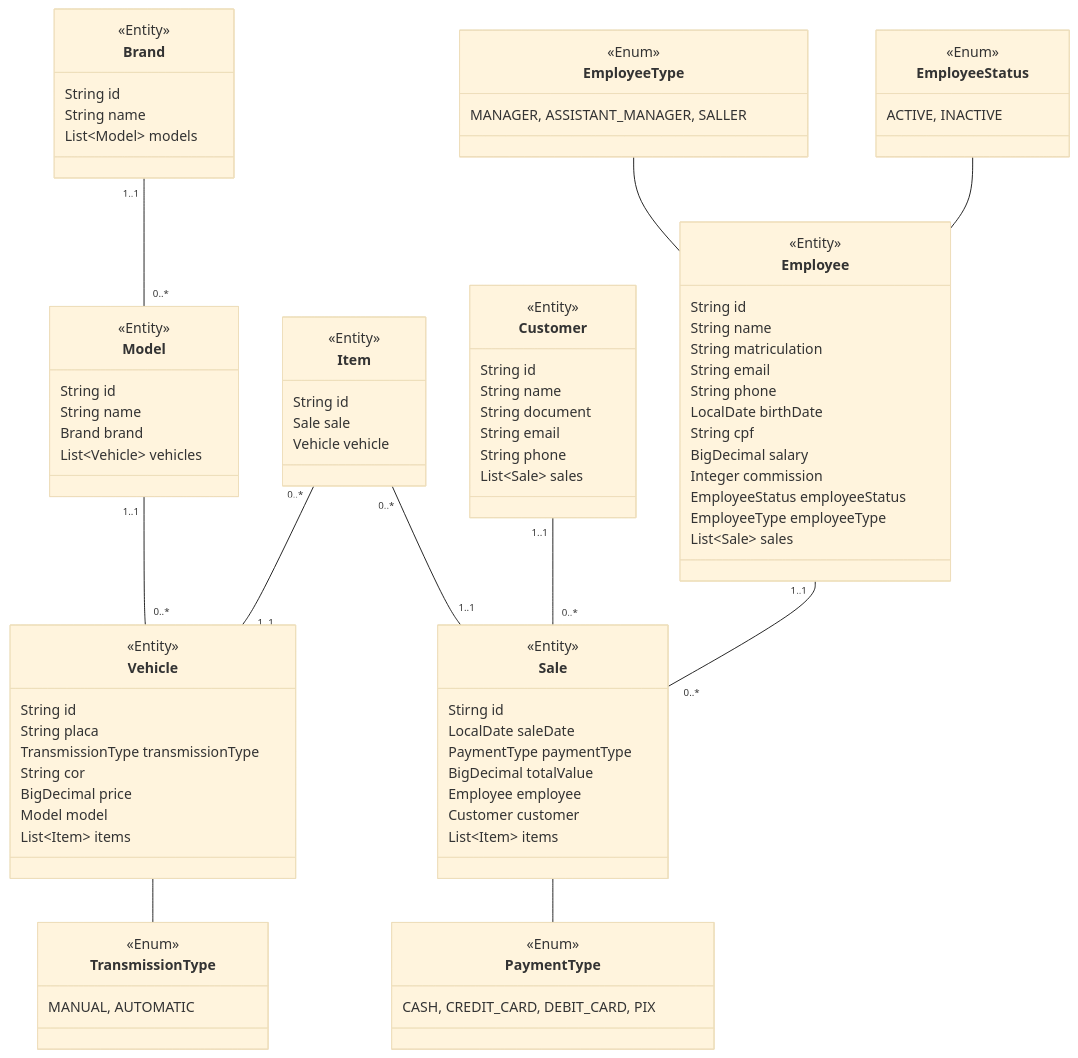
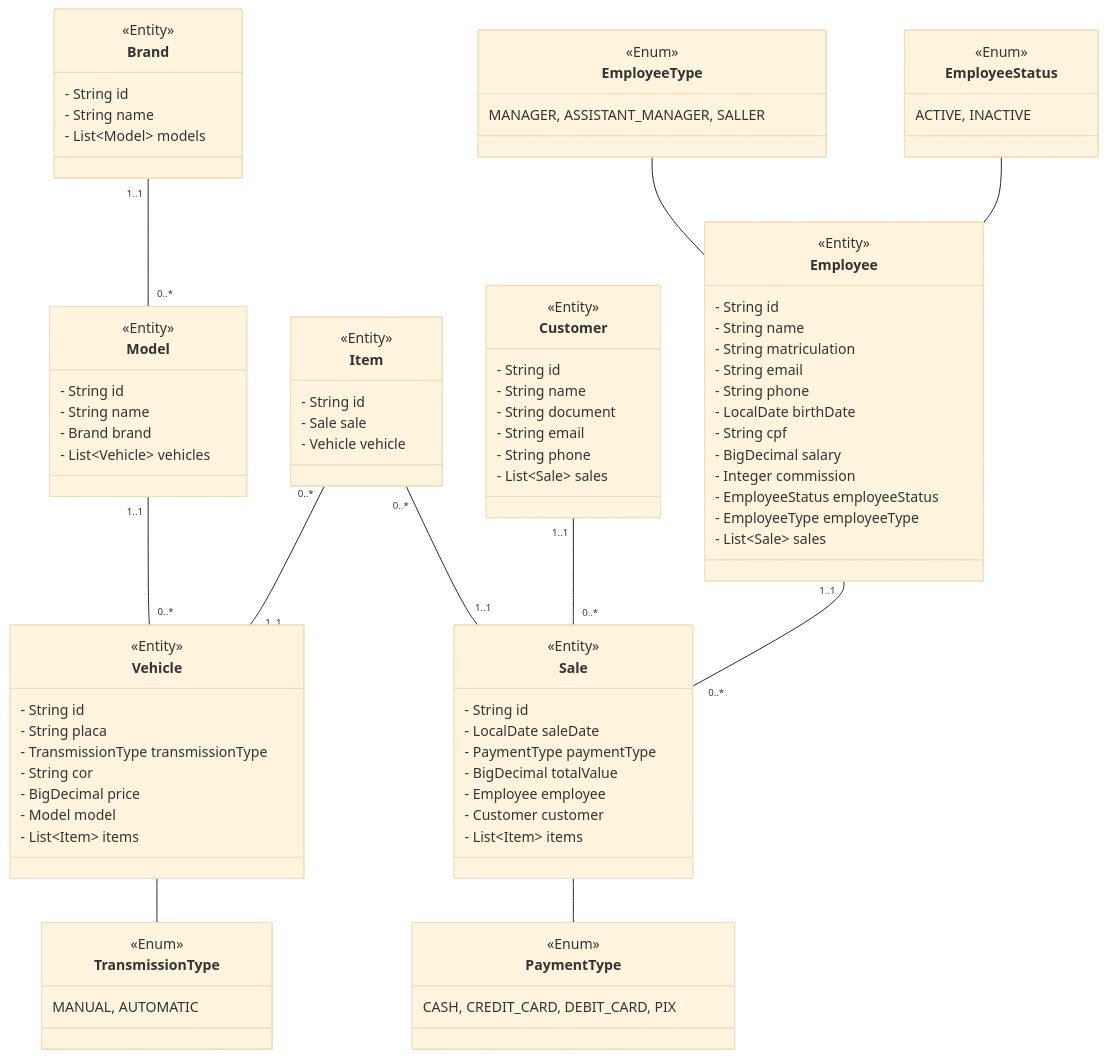
The diagram in README.md (abnerjosefelixbarbosa/concessionaria), drawn with Mermaid (base theme) before and after one commit.

Commit message:
docs: corrigir modelo.

````diff
--- a/README.md
+++ b/README.md
@@ -27,72 +27,72 @@
 
 class Employee {
 <<Entity>>
-String id
-String name
-String matriculation
-String email
-String phone
-LocalDate birthDate
-String cpf
-BigDecimal salary
-Integer commission
-EmployeeStatus employeeStatus
-EmployeeType employeeType
-List~Sale~ sales
+- String id
+- String name
+- String matriculation
+- String email
+- String phone
+- LocalDate birthDate
+- String cpf
+- BigDecimal salary
+- Integer commission
+- EmployeeStatus employeeStatus
+- EmployeeType employeeType
+- List~Sale~ sales
 }
 
 class Customer {
 <<Entity>>
-String id
-String name
-String document
-String email
-String phone
-List~Sale~ sales
+- String id
+- String name
+- String document
+- String email
+- String phone
+- List~Sale~ sales
 }
 
 class Sale {
 <<Entity>>
-Stirng id
-LocalDate saleDate
-PaymentType paymentType
-BigDecimal totalValue
-Employee employee
-Customer customer
-List~Item~ items
+- String id
+- LocalDate saleDate
+- PaymentType paymentType
+- BigDecimal totalValue
+- Employee employee
+- Customer customer
+- List~Item~ items
 }
 
 class Item {
 <<Entity>>
-String id
-Sale sale
-Vehicle vehicle 
+- String id
+- Sale sale
+- Vehicle vehicle 
 }
 
 class Vehicle {
 <<Entity>>
-String id
-String placa
-TransmissionType transmissionType
-String cor
-BigDecimal price
-Model model
-List~Item~ items
+- String id
+- String placa
+- TransmissionType transmissionType
+- String cor
+- BigDecimal price
+- Model model
+- List~Item~ items
 }
 
 class Model {
 <<Entity>>
-String id
-String name
-Brand brand
-List~Vehicle~ vehicles
+- String id
+- String name
+- Brand brand
+- List~Vehicle~ vehicles
 }
 
 class Brand {
 <<Entity>>
-String id
-String name
-List~Model~ models
+- String id
+- String name
+- List~Model~ models
 }
 
 class EmployeeStatus {
@@ -114,5 +114,4 @@
 <<Enum>>
 MANUAL, AUTOMATIC
 }
-
 ```
````
